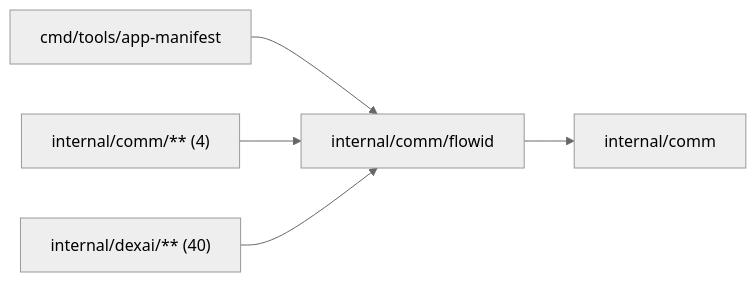
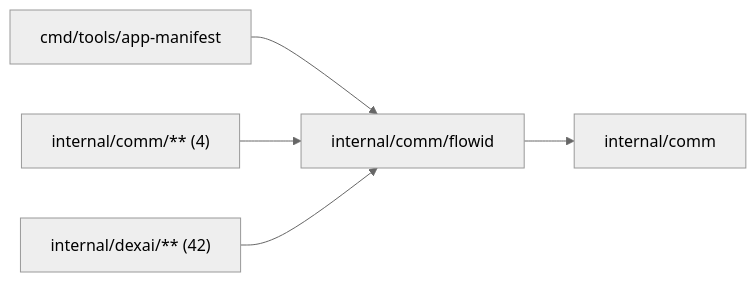
Before and after one commit to superdurable/superverse: the diagram in internal/comm/flowid/README.md, drawn with Mermaid (neutral theme). The commit also changed other lines of this file and 259 other files, not shown here.

````diff
--- a/internal/comm/flowid/README.md
+++ b/internal/comm/flowid/README.md
@@ -10,8 +10,8 @@
 ```mermaid
 flowchart LR
   self["internal/comm/flowid"]
   c0["cmd/tools/app-manifest"] --> self
   c1["internal/comm/** (4)"] --> self
-  c2["internal/dexai/** (40)"] --> self
+  c2["internal/dexai/** (42)"] --> self
   self --> d0["internal/comm"]
 ```
````
